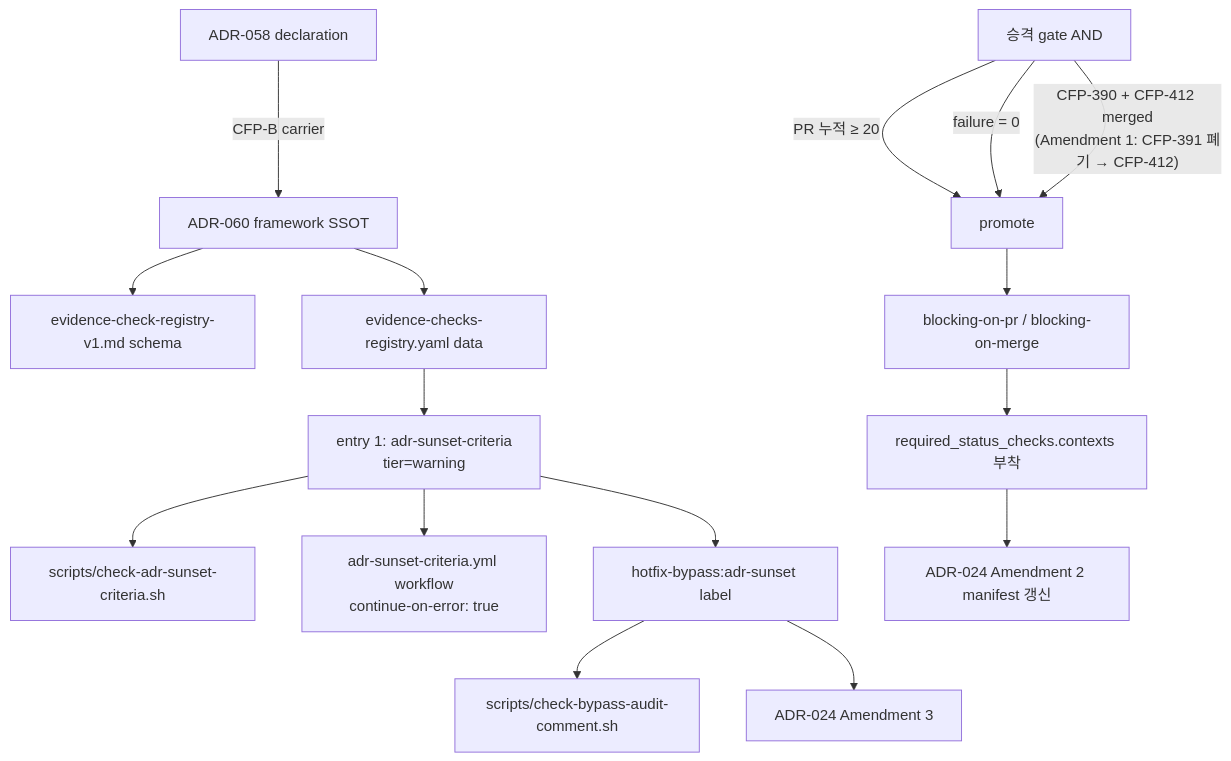
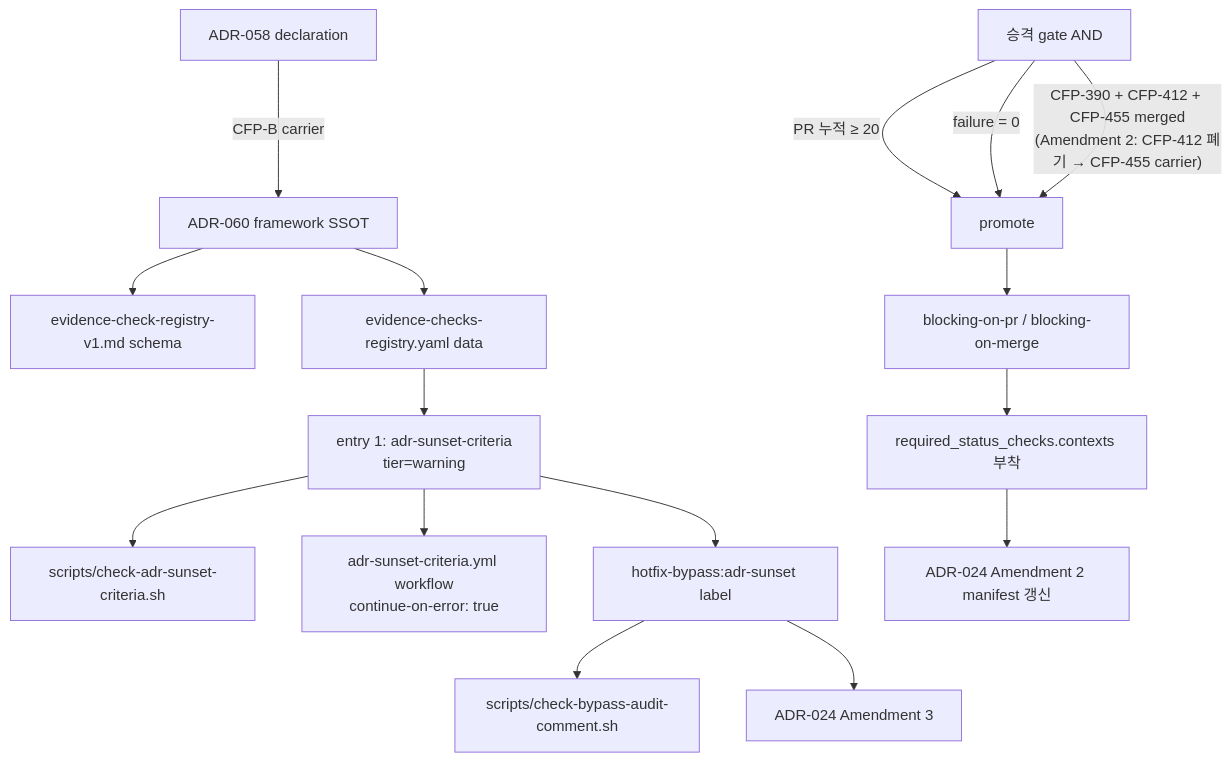
Before and after one commit to mclayer/plugin-codeforge: the diagram in docs/adr/ADR-060-evidence-enforceable-promotion-framework.md, drawn with Mermaid. The commit also changed other lines of this file and 6 other files, not shown here.

````diff
--- a/docs/adr/ADR-060-evidence-enforceable-promotion-framework.md
+++ b/docs/adr/ADR-060-evidence-enforceable-promotion-framework.md
@@ -327,19 +340,19 @@
 ```mermaid
 graph TD
     A[ADR-058 declaration] -->|CFP-B carrier| B[ADR-060 framework SSOT]
     B --> C[evidence-check-registry-v1.md schema]
     B --> D[evidence-checks-registry.yaml data]
     D --> E[entry 1: adr-sunset-criteria<br/>tier=warning]
     E --> F[scripts/check-adr-sunset-criteria.sh]
     E --> G[adr-sunset-criteria.yml workflow<br/>continue-on-error: true]
     E --> H[hotfix-bypass:adr-sunset label]
     H --> I[scripts/check-bypass-audit-comment.sh]
     H --> J[ADR-024 Amendment 3]
     
     K[승격 gate AND] -->|PR 누적 ≥ 20| L[promote]
     K -->|failure = 0| L
-    K -->|"CFP-390 + CFP-412 merged<br/>(Amendment 1: CFP-391 폐기 → CFP-412)"| L
+    K -->|"CFP-390 + CFP-412 + CFP-455 merged<br/>(Amendment 2: CFP-412 폐기 → CFP-455 carrier)"| L
     L --> M[blocking-on-pr / blocking-on-merge]
     M --> N[required_status_checks.contexts 부착]
     N --> O[ADR-024 Amendment 2 manifest 갱신]
 ```
````
